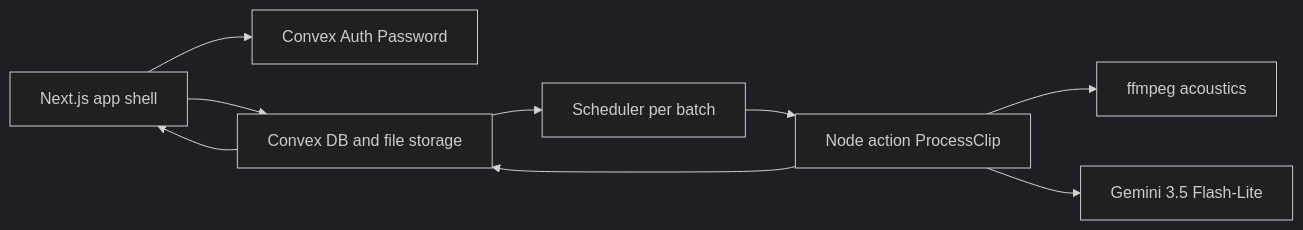
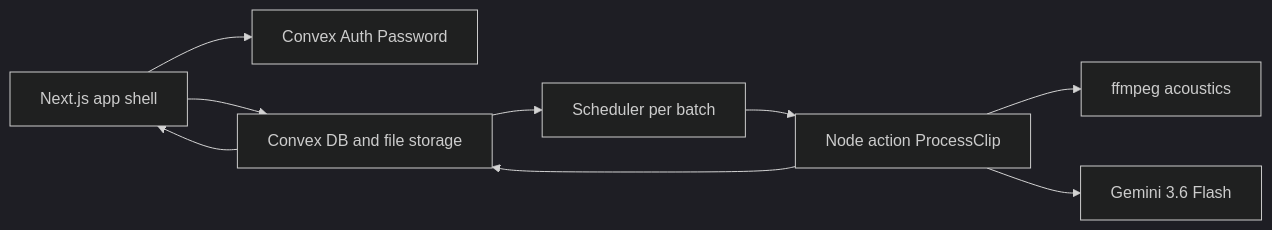
The first of 2 diagrams in docs/ARCHITECTURE.md (ftsaylon/autoace-voice-trial), drawn with Mermaid (dark theme) before and after one commit. The commit also changed other lines of this file and 60 other files, not shown here.

````diff
--- a/docs/ARCHITECTURE.md
+++ b/docs/ARCHITECTURE.md
@@ -5,19 +5,19 @@
 ```mermaid
 flowchart LR
   UI[Next.js app shell]
   Auth[Convex Auth Password]
   Conv[Convex DB and file storage]
   Sched[Scheduler per batch]
   Act[Node action ProcessClip]
-  Gem[Gemini 3.5 Flash-Lite]
+  Gem[Gemini 3.6 Flash]
   Ff[ffmpeg acoustics]
 
   UI --> Auth
   UI --> Conv
   Conv --> Sched
   Sched --> Act
   Act --> Ff
   Act --> Gem
   Act --> Conv
   Conv --> UI
 ```
````
